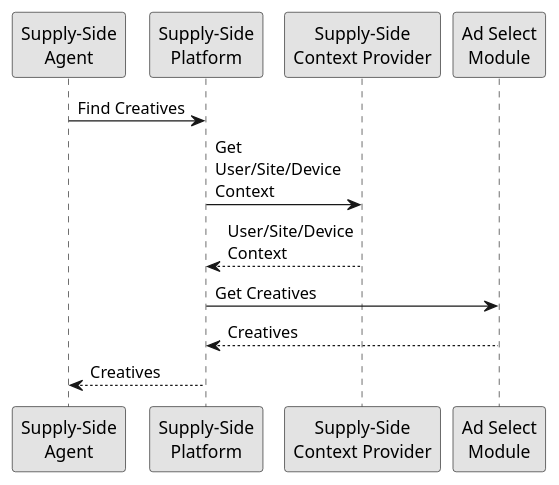
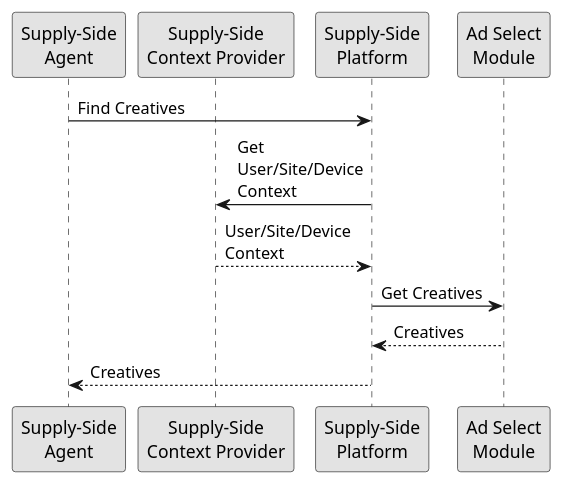
One commit to adshares/adshares-docs changed the second of 5 diagrams in protocol/impressions/user_browses.rst. Above: the diagram before and after it, drawn with PlantUML. The commit also changed other lines of this file and 6 other files, not shown here.

```diff
--- a/protocol/impressions/user_browses.rst
+++ b/protocol/impressions/user_browses.rst
@@ -10,16 +51,16 @@
 .. uml::
     :align: center
 
     skinparam monochrome true
 
     participant "Supply-Side\nAgent"                as SSA
+    participant "Supply-Side\nContext Provider"     as SSCP
     participant "Supply-Side\nPlatform"             as SSP
-    participant "Supply-Side\nContext Provider"     as SSCP
     participant "Ad Select\nModule"                 as ASM
 
     SSA -> SSP: Find Creatives
     SSP -> SSCP: Get\nUser/Site/Device\nContext
     SSCP --> SSP: User/Site/Device\nContext
     SSP -> ASM: Get Creatives
     ASM --> SSP: Creatives
     SSP --> SSA: Creatives
```
